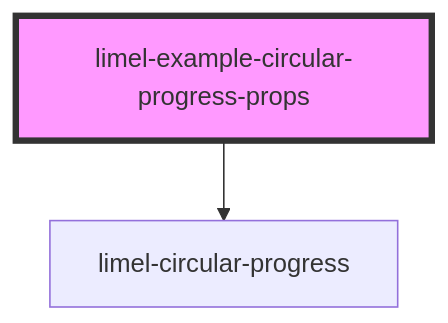
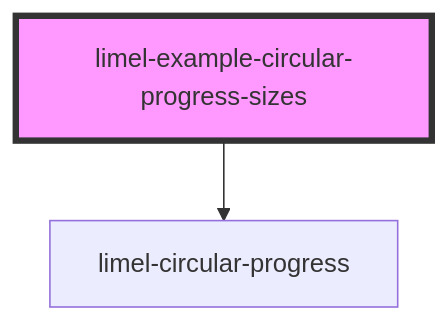
The diagram in versions/PR-3897/markdown-docs/components/circular-progress/examples/readme.md (Lundalogik/lime-elements), drawn with Mermaid before and after one commit. The commit also changed other lines of this file and 3 other files, not shown here.

````diff
--- a/versions/PR-3897/markdown-docs/components/circular-progress/examples/readme.md
+++ b/versions/PR-3897/markdown-docs/components/circular-progress/examples/readme.md
@@ -22,5 +25,5 @@
 ```mermaid
 graph TD;
-  limel-example-circular-progress-props --> limel-circular-progress
-  style limel-example-circular-progress-props fill:#f9f,stroke:#333,stroke-width:4px
+  limel-example-circular-progress-sizes --> limel-circular-progress
+  style limel-example-circular-progress-sizes fill:#f9f,stroke:#333,stroke-width:4px
 ```
````
